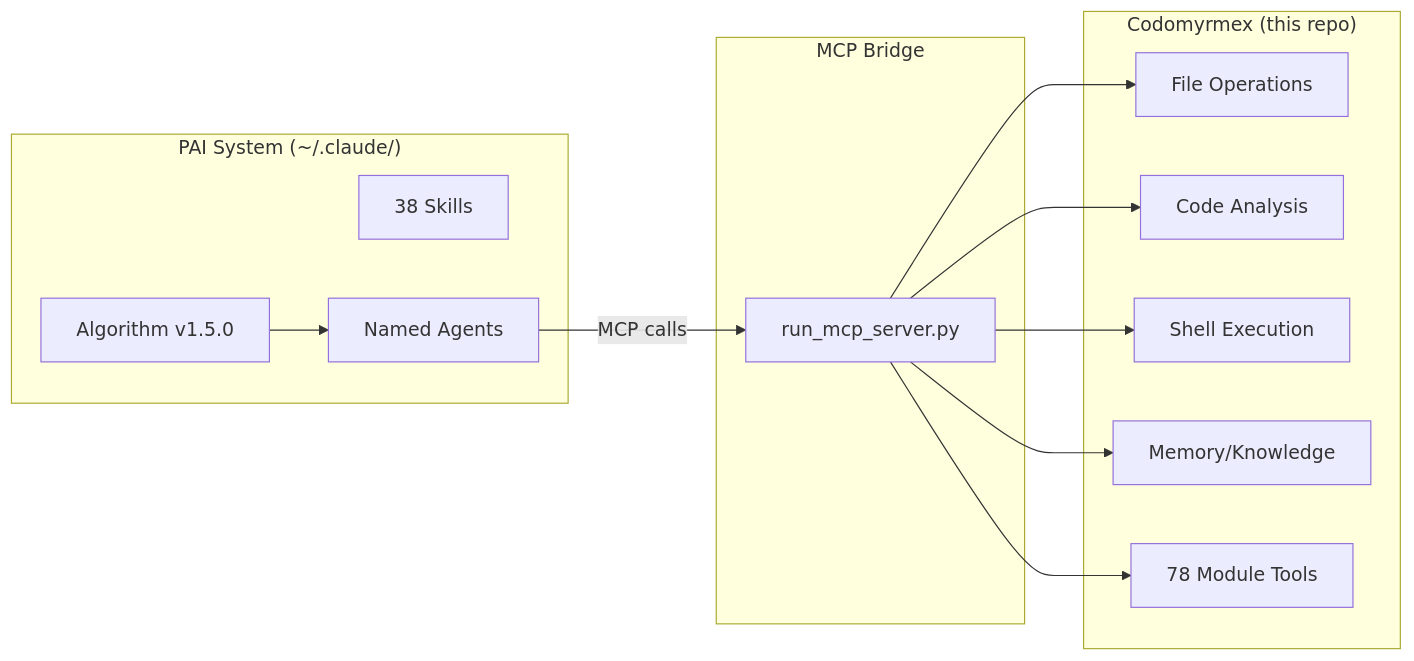
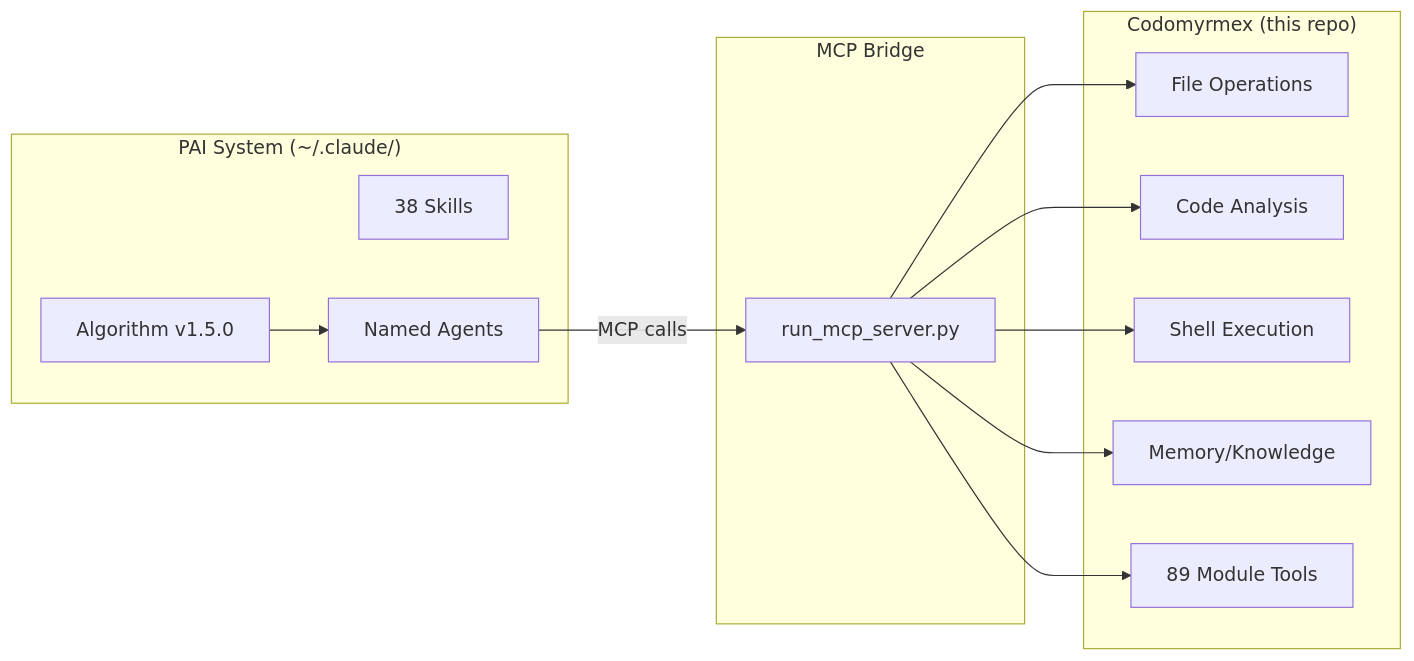
Before and after one commit to docxology/codomyrmex: the diagram in PAI.md, drawn with Mermaid. The commit also changed other lines of this file and 1034 other files, not shown here.

````diff
--- a/PAI.md
+++ b/PAI.md
@@ -35,28 +35,28 @@
 ```mermaid
 graph LR
     subgraph PAI ["PAI System (~/.claude/)"]
         Algo["Algorithm v1.5.0"]
         Skills["38 Skills"]
         Agents["Named Agents"]
     end
 
     subgraph Bridge ["MCP Bridge"]
         Server["run_mcp_server.py"]
     end
 
     subgraph Codomyrmex ["Codomyrmex (this repo)"]
         FileOps["File Operations"]
         CodeAnalysis["Code Analysis"]
         Shell["Shell Execution"]
         Memory["Memory/Knowledge"]
-        Modules["78 Module Tools"]
+        Modules["89 Module Tools"]
     end
 
     Algo --> Agents
     Agents -->|"MCP calls"| Server
     Server --> FileOps
     Server --> CodeAnalysis
     Server --> Shell
     Server --> Memory
     Server --> Modules
 ```
````
